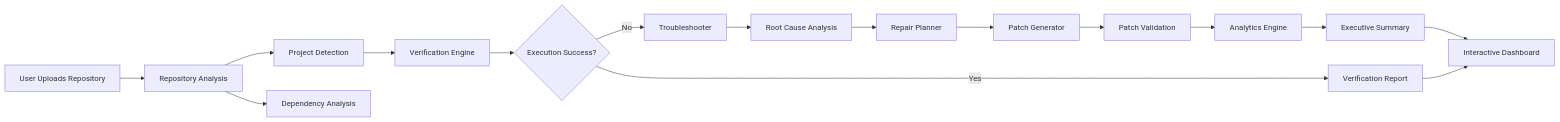
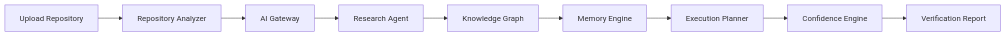
Before and after one commit to karan-sharma-aiml/ReproProof-AI-Powered-Reproducibility-Verification-Platform: the diagram in README.md, drawn with Mermaid. The commit also changed other lines of this file, not shown here.

````diff
--- a/README.md
+++ b/README.md
@@ -316,32 +359,22 @@
 ```mermaid
 flowchart LR
 
-A[User Uploads Repository] --> B[Repository Analysis]
+A[Upload Repository]
+B[Repository Analyzer]
+C[AI Gateway]
+D[Research Agent]
+E[Knowledge Graph]
+F[Memory Engine]
+G[Execution Planner]
+H[Confidence Engine]
+I[Verification Report]
 
-B --> C[Project Detection]
-B --> D[Dependency Analysis]
-
-C --> E[Verification Engine]
-
-E --> F{Execution Success?}
-
-F -->|Yes| G[Verification Report]
-
-F -->|No| H[Troubleshooter]
-
-H --> I[Root Cause Analysis]
-
-I --> J[Repair Planner]
-
-J --> K[Patch Generator]
-
-K --> L[Patch Validation]
-
-L --> M[Analytics Engine]
-
-M --> N[Executive Summary]
-
-N --> O[Interactive Dashboard]
-
-G --> O
+A --> B
+B --> C
+C --> D
+D --> E
+E --> F
+F --> G
+G --> H
+H --> I
 ```
````
